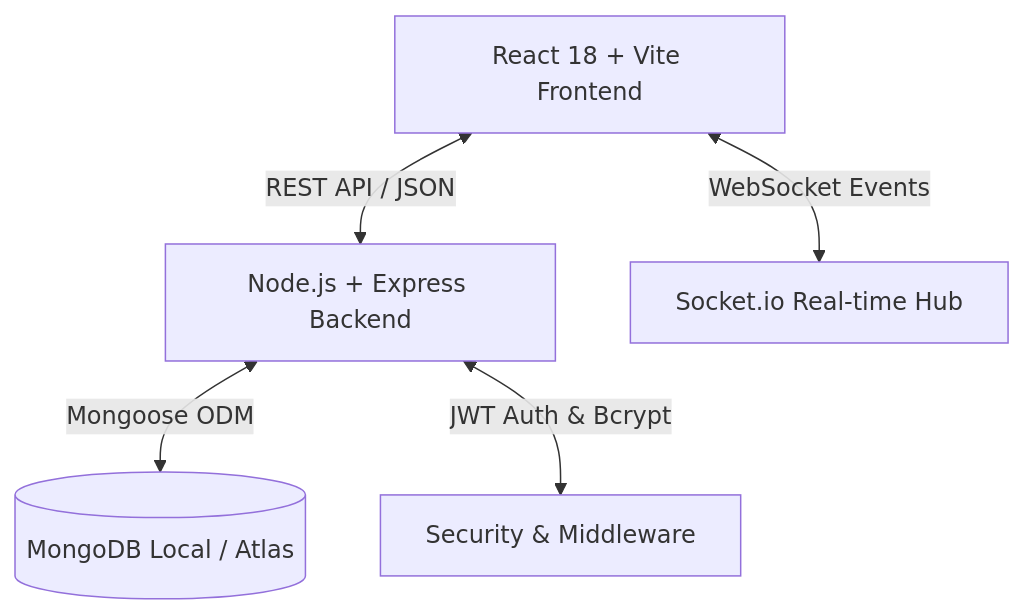
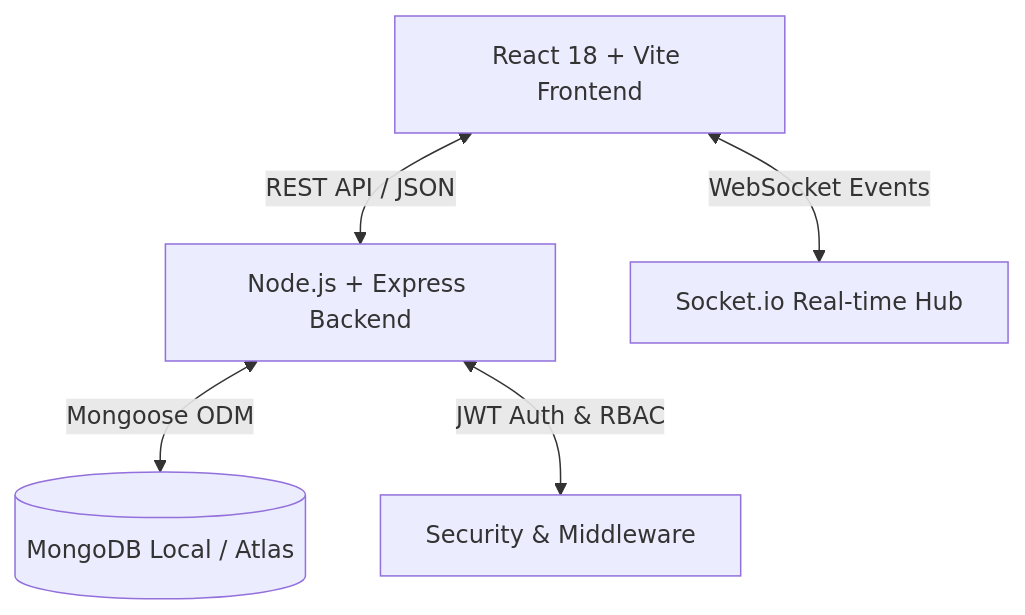
One commit to PreetDarji22/CampusCart changed the second of 2 diagrams in README.md. Above: the diagram before and after it, drawn with Mermaid. The commit also changed other lines of this file, not shown here.

````diff
--- a/README.md
+++ b/README.md
@@ -84,7 +130,7 @@
 ```mermaid
 graph TD
     Client[React 18 + Vite Frontend] <-->|REST API / JSON| Server[Node.js + Express Backend]
     Client <-->|WebSocket Events| SocketIO[Socket.io Real-time Hub]
     Server <-->|Mongoose ODM| DB[(MongoDB Local / Atlas)]
-    Server <-->|JWT Auth & Bcrypt| Security[Security & Middleware]
+    Server <-->|JWT Auth & RBAC| Security[Security & Middleware]
 ```
````
